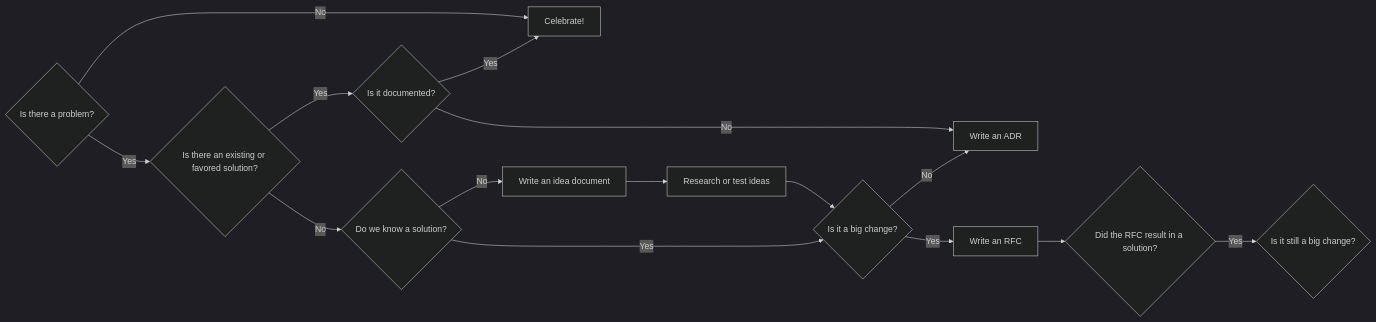
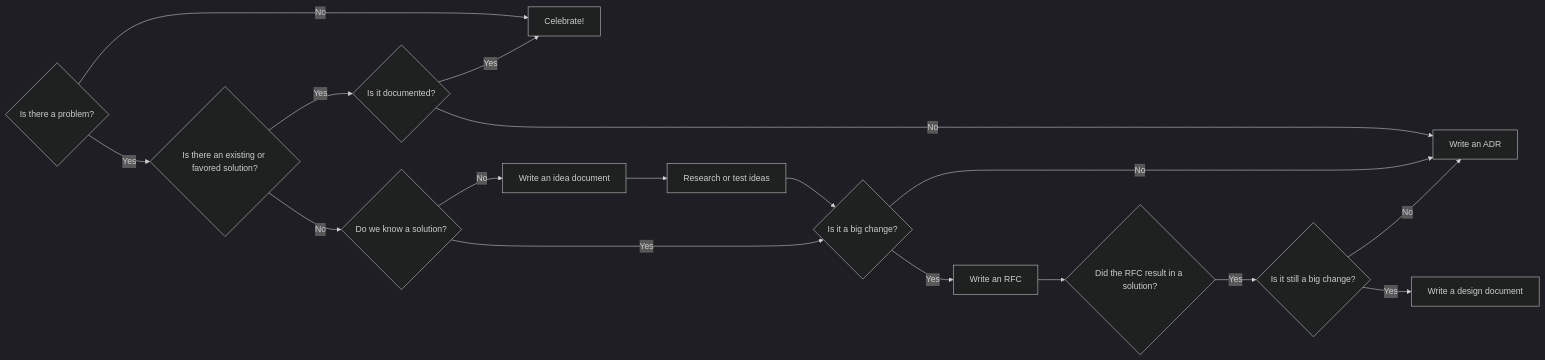
The diagram in flowchart.md (f1337/f1337.github.io), drawn with Mermaid (dark theme) before and after one commit. The commit also changed other lines of this file, not shown here.

Commit message:
flowchart.md updated from https://stackedit.io/

````diff
--- a/flowchart.md
+++ b/flowchart.md
@@ -3,19 +3,19 @@
 ```mermaid
 graph LR
 A{Is there a problem?} -- No --> B[Celebrate!]
 A -- Yes --> C{Is there an existing or favored solution?}
 C -- Yes --> D{Is it documented?}
 D -- Yes --> B
 C -- No --> E{Do we know a solution?}
 E -- No --> F[Write an idea document]
 F --> G[Research or test ideas]
 G --> H{Is it a big change?}
 E -- Yes --> H
 H -- No --> I[Write an ADR]
 D -- No --> I
 H -- Yes --> J[Write an RFC]
 J --> K{Did the RFC result in a solution?}
 K -- Yes --> L{Is it still a big change?}
-L 
-
+L -- No --> I
+L -- Yes --> M[Write a design document]
 ```
````
